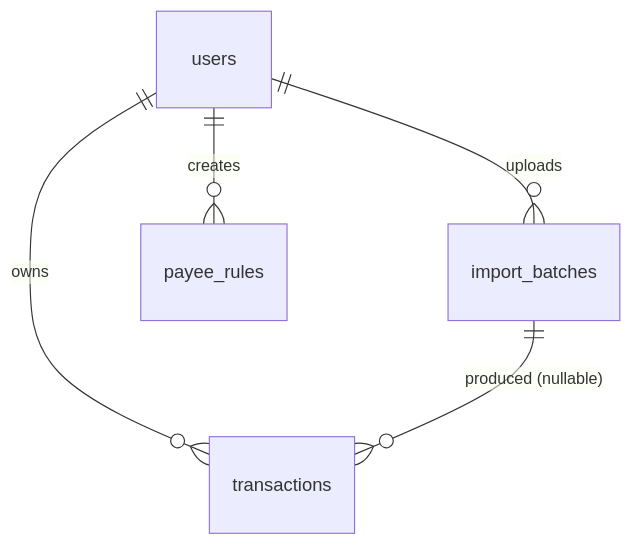
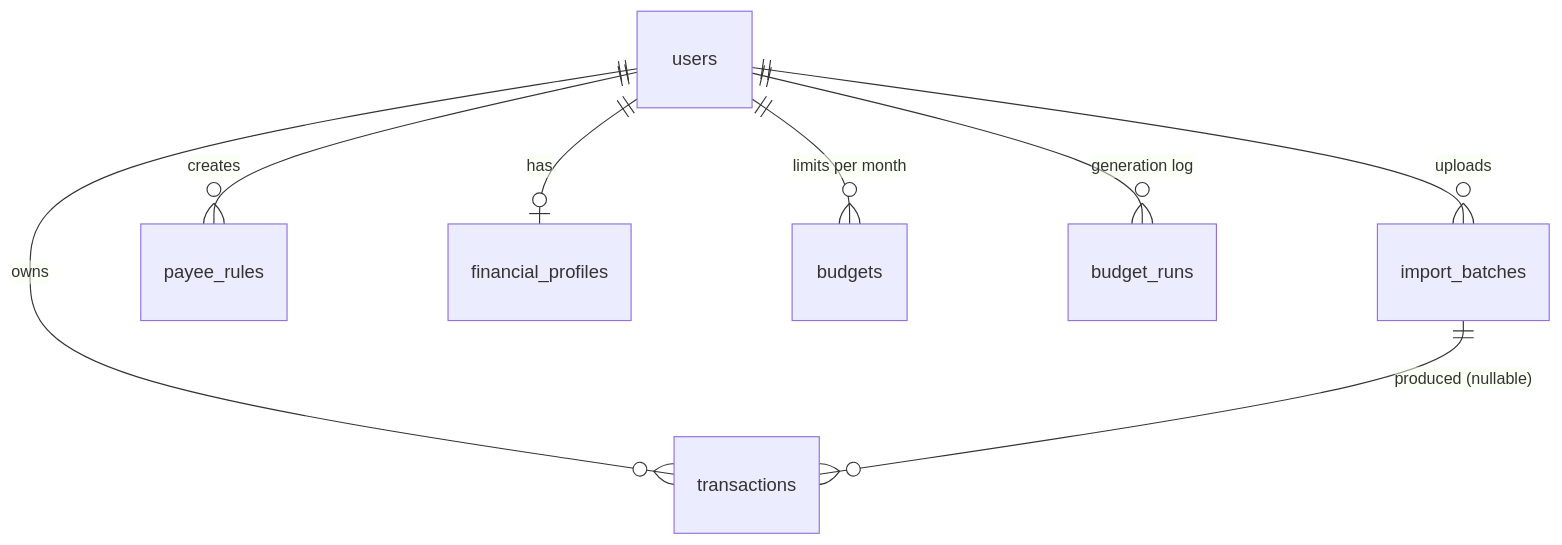
One commit to Vishesh-1204/CAPSTONE_FINANCE_ADVISOR changed the diagram in docs/database.md. Above: the diagram before and after it, drawn with Mermaid. The commit also changed other lines of this file and 8 other files, not shown here.

````diff
--- a/docs/database.md
+++ b/docs/database.md
@@ -30,7 +31,10 @@
 ```mermaid
 erDiagram
     users ||--o{ transactions : owns
     users ||--o{ import_batches : uploads
     users ||--o{ payee_rules : creates
     import_batches ||--o{ transactions : "produced (nullable)"
+    users ||--o| financial_profiles : has
+    users ||--o{ budgets : "limits per month"
+    users ||--o{ budget_runs : "generation log"
 ```
````
